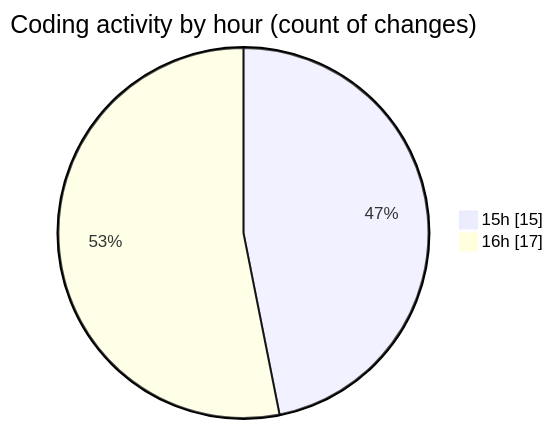
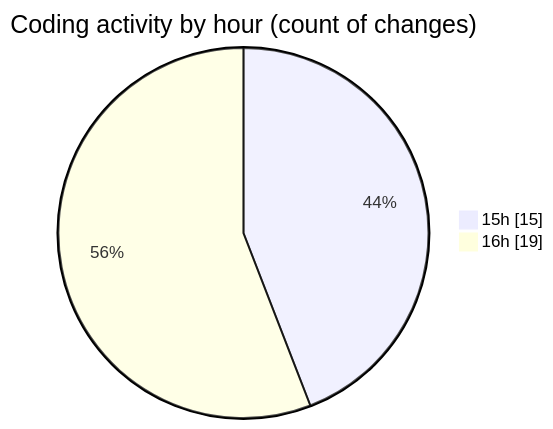
Before and after one commit to donsfak/code-tracking: the second of 2 diagrams in 2025-02-25/trackers_app/README.md, drawn with Mermaid. The commit also changed other lines of this file and 1 other file, not shown here.

````diff
--- a/2025-02-25/trackers_app/README.md
+++ b/2025-02-25/trackers_app/README.md
@@ -31,6 +31,6 @@
 ```mermaid
 pie showData
 title Coding activity by hour (count of changes)
 "15h" : 15
-"16h" : 17
+"16h" : 19
 ```
````
